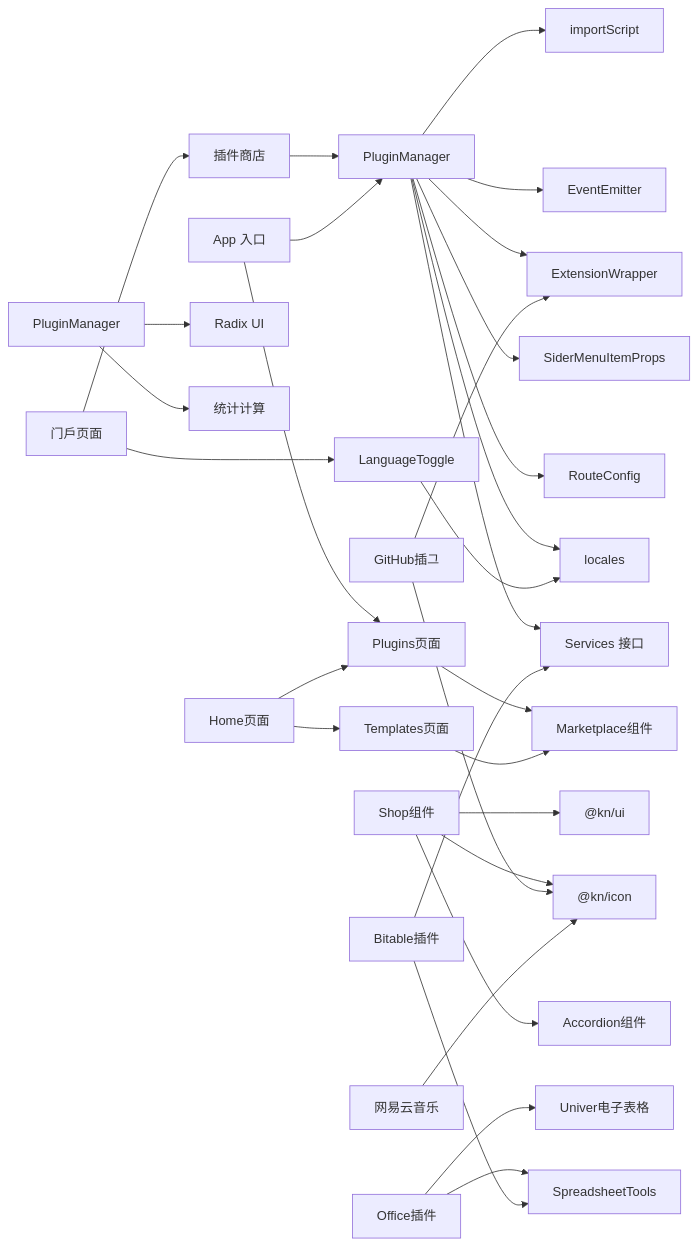
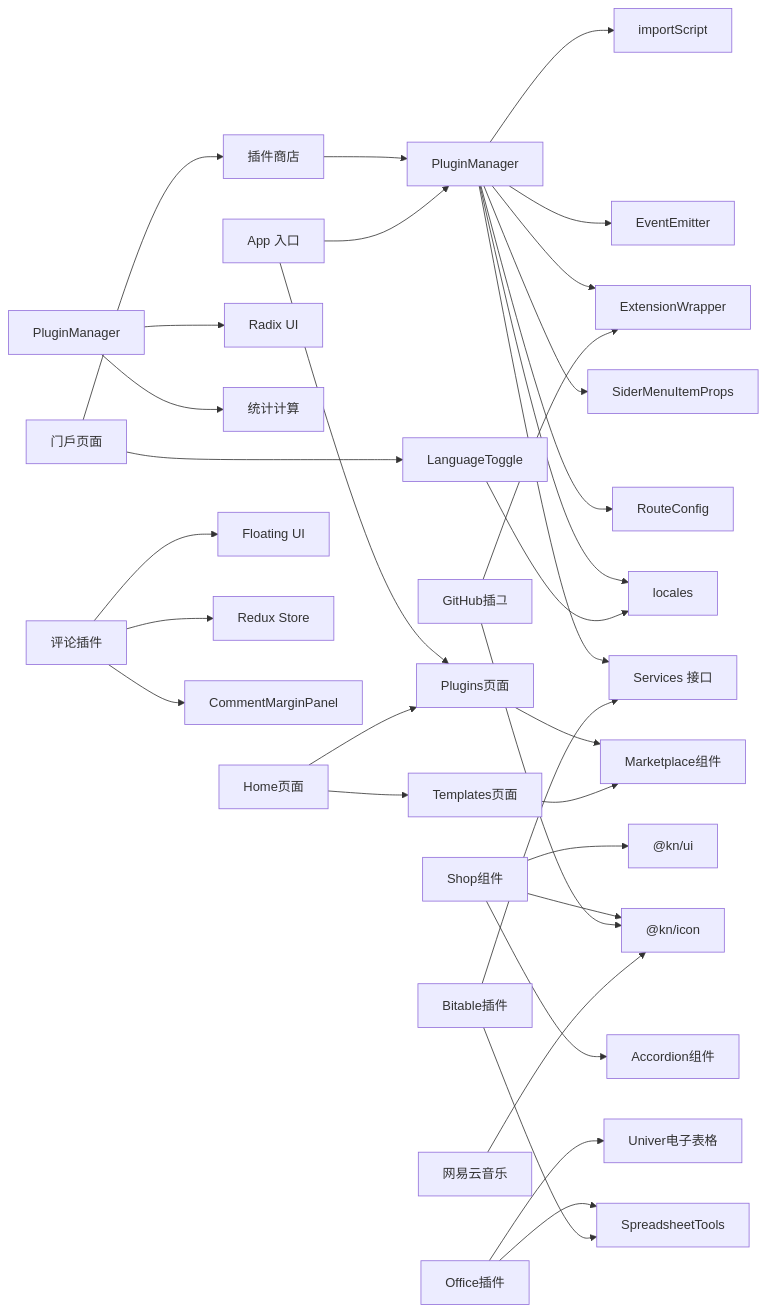
Diagram 22 of 22 in .qoder/repowiki/zh/content/架构设计/插件系统架构/插件系统架构.md (LRF0422/Kotion), drawn with Mermaid before and after one commit. The commit also changed other lines of this file and 5 other files, not shown here.

````diff
--- a/.qoder/repowiki/zh/content/架构设计/插件系统架构/插件系统架构.md
+++ b/.qoder/repowiki/zh/content/架构设计/插件系统架构/插件系统架构.md
@@ -1145,32 +1271,35 @@
 ```mermaid
 graph LR
 PM["PluginManager"] --> Import["importScript"]
 PM --> Event["EventEmitter"]
 PM --> Editor["ExtensionWrapper"]
 PM --> Menu["SiderMenuItemProps"]
 PM --> Route["RouteConfig"]
 PM --> Locales["locales"]
 PM --> Types["Services 接口"]
 Store["插件商店"] --> PM
 AppEntry["App 入口"] --> PM
 AppEntry --> Plugins["插件数组"]
 Shop["Shop组件"] --> UI["@kn/ui"]
 Shop --> Icons["@kn/icon"]
 Shop --> Accordion["Accordion组件"]
 PluginManager --> RadixUI["Radix UI"]
 PluginManager --> Stats["统计计算"]
 Portal["门户页面"] --> Store
 Portal --> LanguageToggle["LanguageToggle"]
 LanguageToggle --> Locales
 Home["Home页面"] --> Plugins["Plugins页面"]
 Home --> Templates["Templates页面"]
 Plugins --> Marketplace["Marketplace组件"]
 Templates --> Marketplace
 GitHub["GitHub插그"] --> Editor
 GitHub --> Icons
 Office["Office插件"] --> Univer["Univer电子表格"]
 Office --> Tools["SpreadsheetTools"]
 Bitable["Bitable插件"] --> Tools
 Bitable --> Types
 NetEase["网易云音乐"] --> Icons
+Comment["评论插件"] --> FloatingUI["Floating UI"]
+Comment --> ReduxStore["Redux Store"]
+Comment --> CommentMarginPanel["CommentMarginPanel"]
 ```
````
